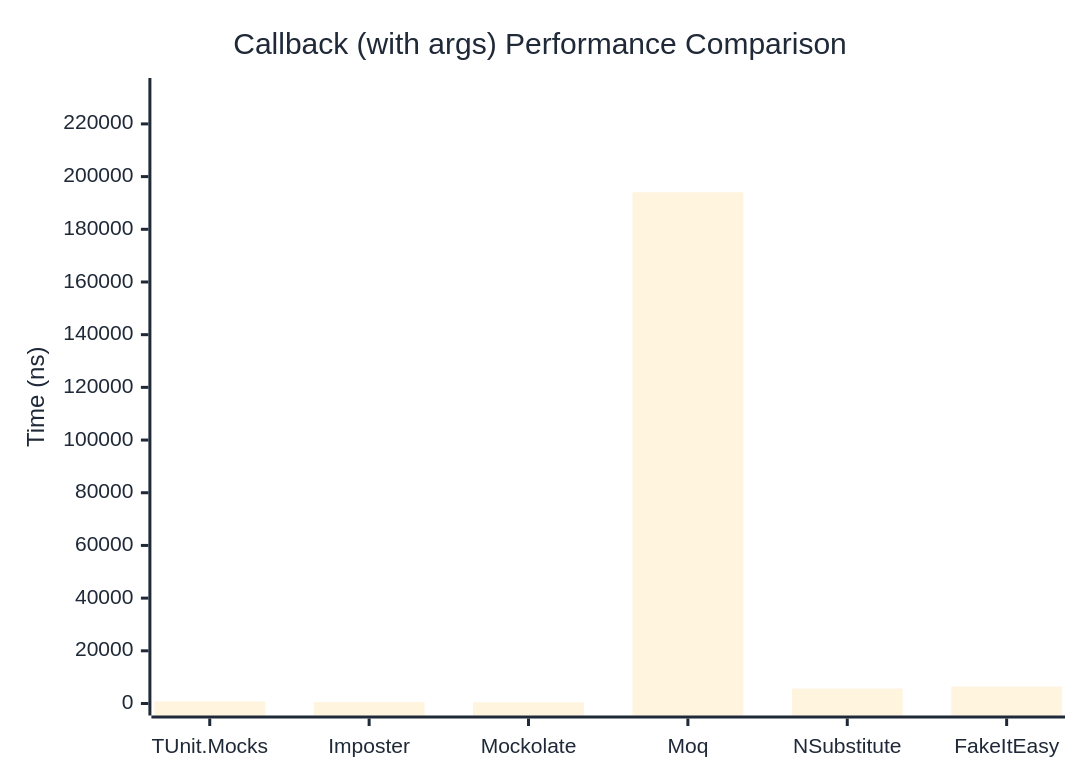
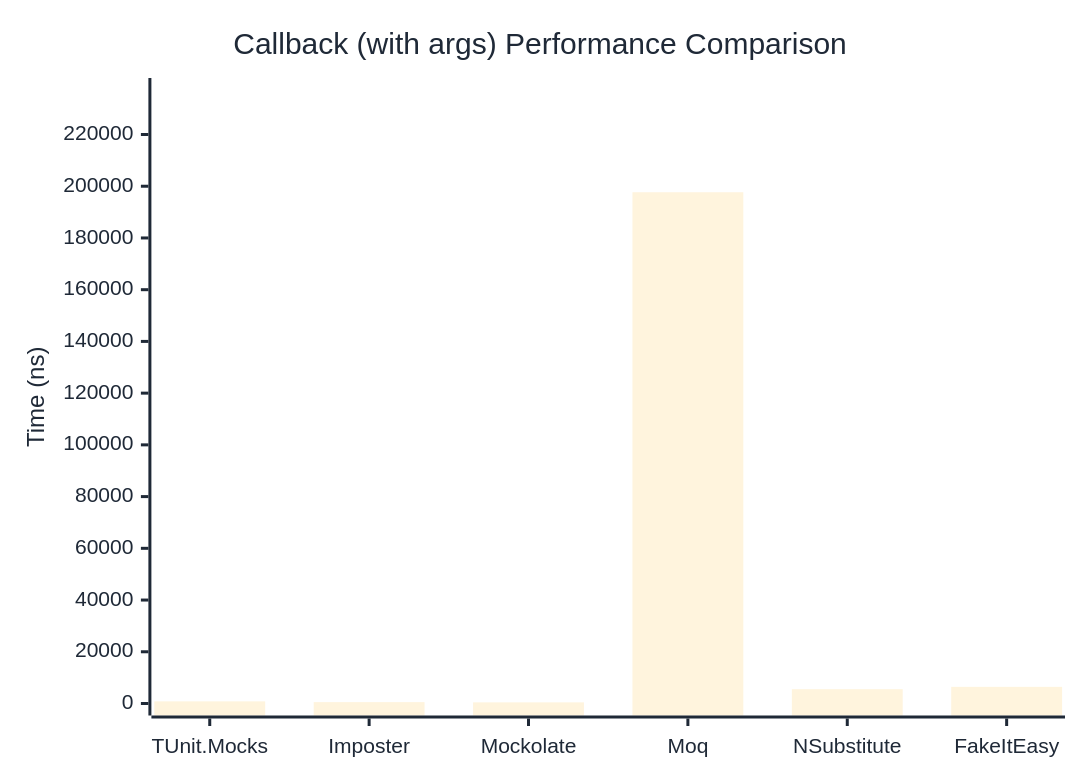
The second of 2 diagrams in docs/docs/benchmarks/mocks/Callback.md (thomhurst/TUnit), drawn with Mermaid before and after one commit. The commit also changed other lines of this file and 14 other files, not shown here.

````diff
--- a/docs/docs/benchmarks/mocks/Callback.md
+++ b/docs/docs/benchmarks/mocks/Callback.md
@@ -71,27 +71,27 @@
 ```mermaid
 %%{init: {
   'theme':'base',
   'themeVariables': {
     'primaryColor': '#2563eb',
     'primaryTextColor': '#1f2937',
     'primaryBorderColor': '#1e40af',
     'lineColor': '#6b7280',
     'secondaryColor': '#7c3aed',
     'tertiaryColor': '#dc2626',
     'background': '#ffffff',
     'pie1': '#2563eb',
     'pie2': '#7c3aed',
     'pie3': '#dc2626',
     'pie4': '#f59e0b',
     'pie5': '#10b981',
     'pie6': '#06b6d4',
     'pie7': '#ec4899',
     'pie8': '#6366f1'
   }
 }}%%
 xychart-beta
   title "Callback (with args) Performance Comparison"
   x-axis ["TUnit.Mocks", "Imposter", "Mockolate", "Moq", "NSubstitute", "FakeItEasy"]
-  y-axis "Time (ns)" 0 --> 232871
-  bar [787.3, 527, 418.2, 194058.9, 5684.2, 6403.4]
+  y-axis "Time (ns)" 0 --> 237208
+  bar [824.3, 530.5, 438, 197672.8, 5535.6, 6436.8]
 ```
````
